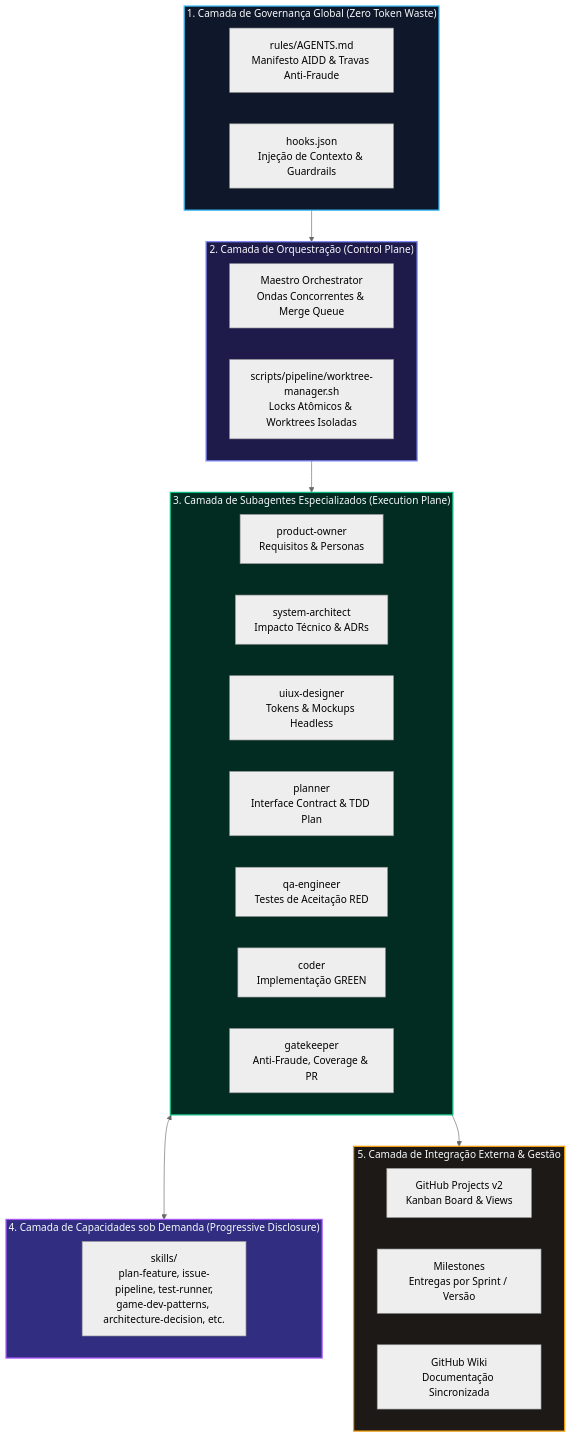
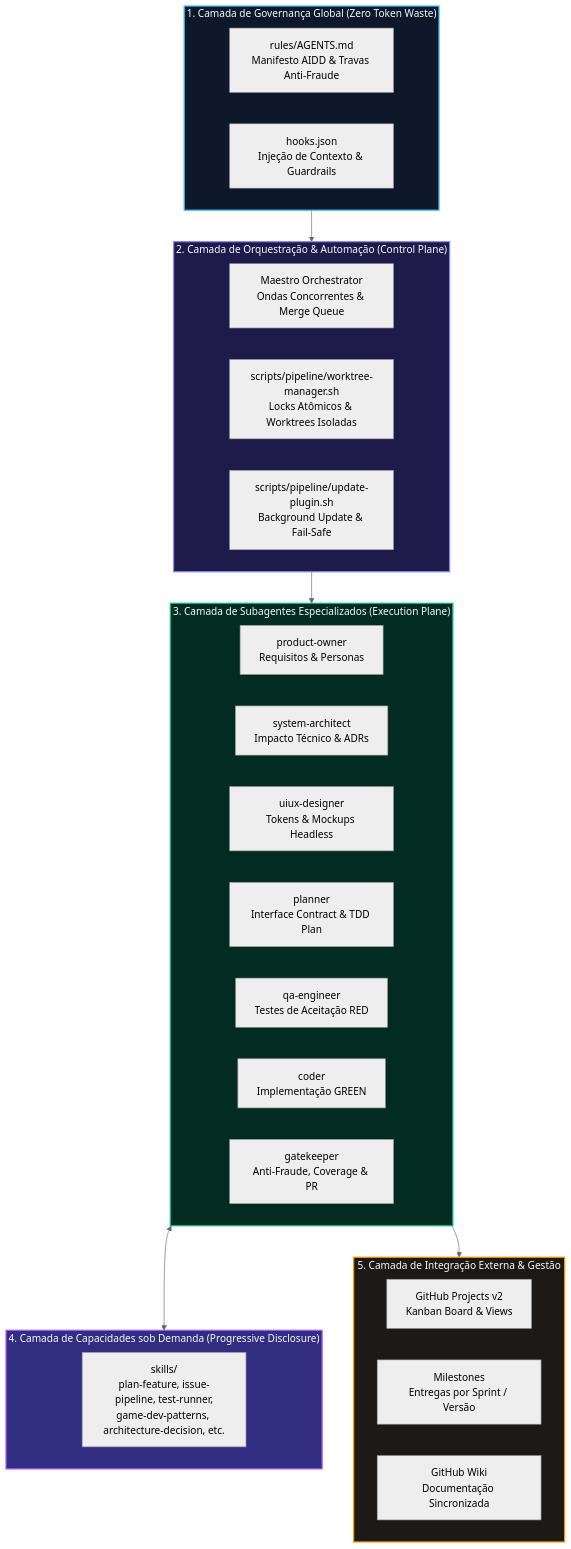
The first of 3 diagrams in docs/System-Architecture.md (VitorJacom/my-agents), drawn with Mermaid (neutral theme) before and after one commit. The commit also changed other lines of this file and 4 other files, not shown here.

````diff
--- a/docs/System-Architecture.md
+++ b/docs/System-Architecture.md
@@ -11,43 +11,44 @@
 ```mermaid
 flowchart TB
     subgraph L1 ["1. Camada de Governança Global (Zero Token Waste)"]
         RULES["rules/AGENTS.md<br/>Manifesto AIDD & Travas Anti-Fraude"]
         HOOKS["hooks.json<br/>Injeção de Contexto & Guardrails"]
     end
 
-    subgraph L2 ["2. Camada de Orquestração (Control Plane)"]
+    subgraph L2 ["2. Camada de Orquestração & Automação (Control Plane)"]
         MAESTRO["Maestro Orchestrator<br/>Ondas Concorrentes & Merge Queue"]
         WORKTREE_MGR["scripts/pipeline/worktree-manager.sh<br/>Locks Atômicos & Worktrees Isoladas"]
+        UPDATER["scripts/pipeline/update-plugin.sh<br/>Background Update & Fail-Safe"]
     end
 
     subgraph L3 ["3. Camada de Subagentes Especializados (Execution Plane)"]
         PO["product-owner<br/>Requisitos & Personas"]
         ARCH["system-architect<br/>Impacto Técnico & ADRs"]
         UIUX["uiux-designer<br/>Tokens & Mockups Headless"]
         PLANNER["planner<br/>Interface Contract & TDD Plan"]
         QA["qa-engineer<br/>Testes de Aceitação RED"]
         CODER["coder<br/>Implementação GREEN"]
         GK["gatekeeper<br/>Anti-Fraude, Coverage & PR"]
     end
 
     subgraph L4 ["4. Camada de Capacidades sob Demanda (Progressive Disclosure)"]
         SKILLS["skills/<br/>plan-feature, issue-pipeline, test-runner,<br/>game-dev-patterns, architecture-decision, etc."]
     end
 
     subgraph L5 ["5. Camada de Integração Externa & Gestão"]
         GH_PROJ["GitHub Projects v2<br/>Kanban Board & Views"]
         GH_MILESTONES["Milestones<br/>Entregas por Sprint / Versão"]
         GH_WIKI["GitHub Wiki<br/>Documentação Sincronizada"]
     end
 
     L1 --> L2
     L2 --> L3
     L3 <--> L4
     L3 --> L5
 
     style L1 fill:#0f172a,stroke:#38bdf8,stroke-width:2px,color:#f8fafc
     style L2 fill:#1e1b4b,stroke:#818cf8,stroke-width:2px,color:#f8fafc
     style L3 fill:#022c22,stroke:#10b981,stroke-width:2px,color:#f8fafc
     style L4 fill:#312e81,stroke:#a855f7,stroke-width:2px,color:#f8fafc
     style L5 fill:#1c1917,stroke:#f59e0b,stroke-width:2px,color:#f8fafc
 ```
````
